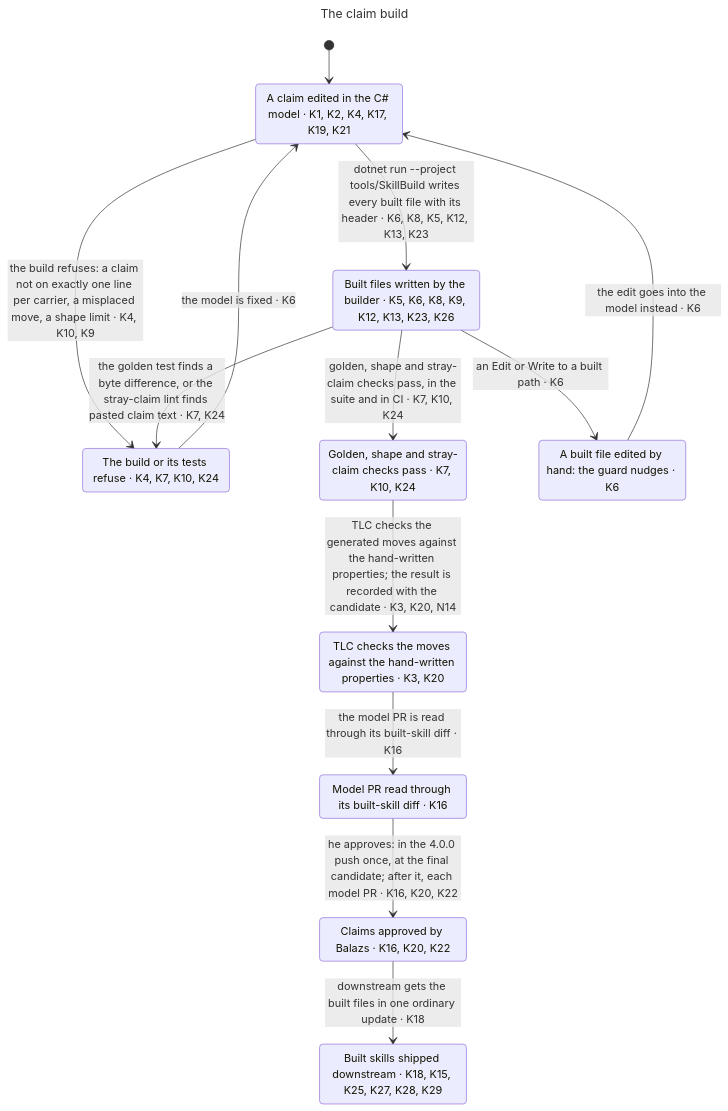
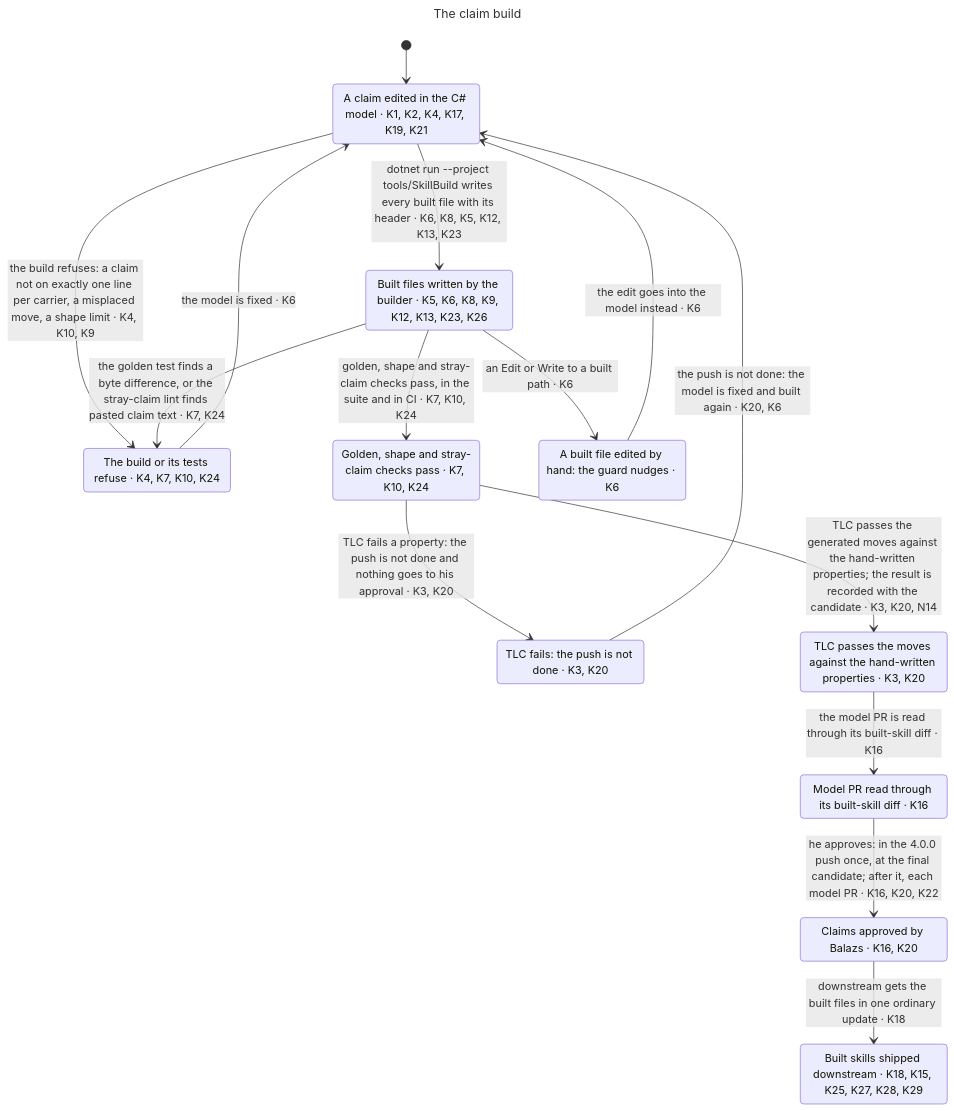
One commit to BalazsOrg/dydo changed the diagram in claims/statechart/claim-build/chart.mmd. Above: the diagram before and after it, drawn with Mermaid. The commit also changed 132 other files, not shown here.

```diff
--- a/claims/statechart/claim-build/chart.mmd
+++ b/claims/statechart/claim-build/chart.mmd
@@ -1,25 +1,28 @@
 ---
 title: "The claim build"
 ---
 stateDiagram-v2
   s0: A claim edited in the C#35; model #183; K1, K2, K4, K17, K19, K21
   s1: Built files written by the builder #183; K5, K6, K8, K9, K12, K13, K23, K26
   s2: The build or its tests refuse #183; K4, K7, K10, K24
   s3: Golden, shape and stray-claim checks pass #183; K7, K10, K24
   s4: A built file edited by hand: the guard nudges #183; K6
-  s5: TLC checks the moves against the hand-written properties #183; K3, K20
-  s6: Model PR read through its built-skill diff #183; K16
-  s7: Claims approved by Balazs #183; K16, K20, K22
-  s8: Built skills shipped downstream #183; K18, K15, K25, K27, K28, K29
+  s5: TLC fails: the push is not done #183; K3, K20
+  s6: TLC passes the moves against the hand-written properties #183; K3, K20
+  s7: Model PR read through its built-skill diff #183; K16
+  s8: Claims approved by Balazs #183; K16, K20
+  s9: Built skills shipped downstream #183; K18, K15, K25, K27, K28, K29
   [*] --> s0
   s0 --> s1: dotnet run --project tools/SkillBuild writes every built file with its header #183; K6, K8, K5, K12, K13, K23
   s0 --> s2: the build refuses: a claim not on exactly one line per carrier, a misplaced move, a shape limit #183; K4, K10, K9
   s1 --> s2: the golden test finds a byte difference, or the stray-claim lint finds pasted claim text #183; K7, K24
   s1 --> s3: golden, shape and stray-claim checks pass, in the suite and in CI #183; K7, K10, K24
   s1 --> s4: an Edit or Write to a built path #183; K6
   s2 --> s0: the model is fixed #183; K6
-  s3 --> s5: TLC checks the generated moves against the hand-written properties#59; the result is recorded with the candidate #183; K3, K20, N14
+  s3 --> s5: TLC fails a property: the push is not done and nothing goes to his approval #183; K3, K20
+  s3 --> s6: TLC passes the generated moves against the hand-written properties#59; the result is recorded with the candidate #183; K3, K20, N14
   s4 --> s0: the edit goes into the model instead #183; K6
-  s5 --> s6: the model PR is read through its built-skill diff #183; K16
-  s6 --> s7: he approves: in the 4.0.0 push once, at the final candidate#59; after it, each model PR #183; K16, K20, K22
-  s7 --> s8: downstream gets the built files in one ordinary update #183; K18
+  s5 --> s0: the push is not done: the model is fixed and built again #183; K20, K6
+  s6 --> s7: the model PR is read through its built-skill diff #183; K16
+  s7 --> s8: he approves: in the 4.0.0 push once, at the final candidate#59; after it, each model PR #183; K16, K20, K22
+  s8 --> s9: downstream gets the built files in one ordinary update #183; K18
```
